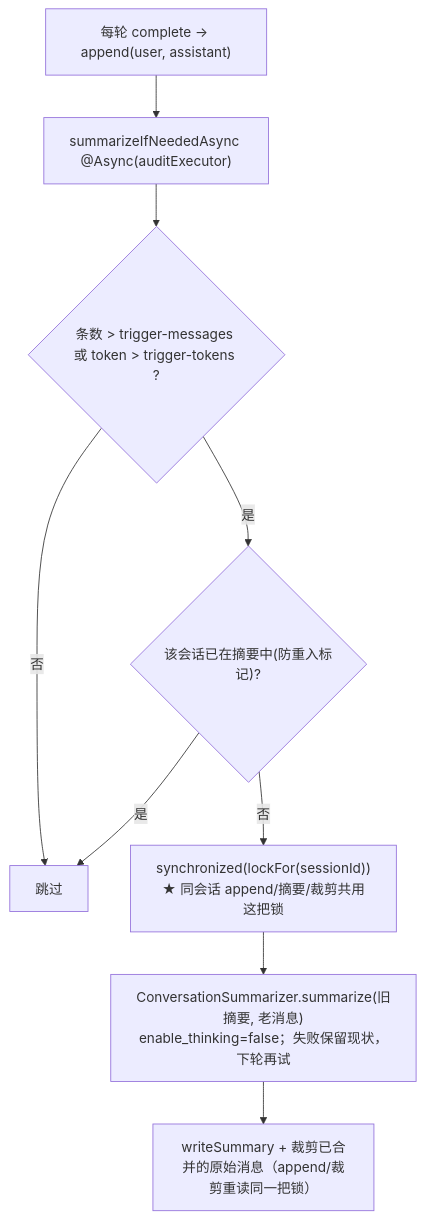
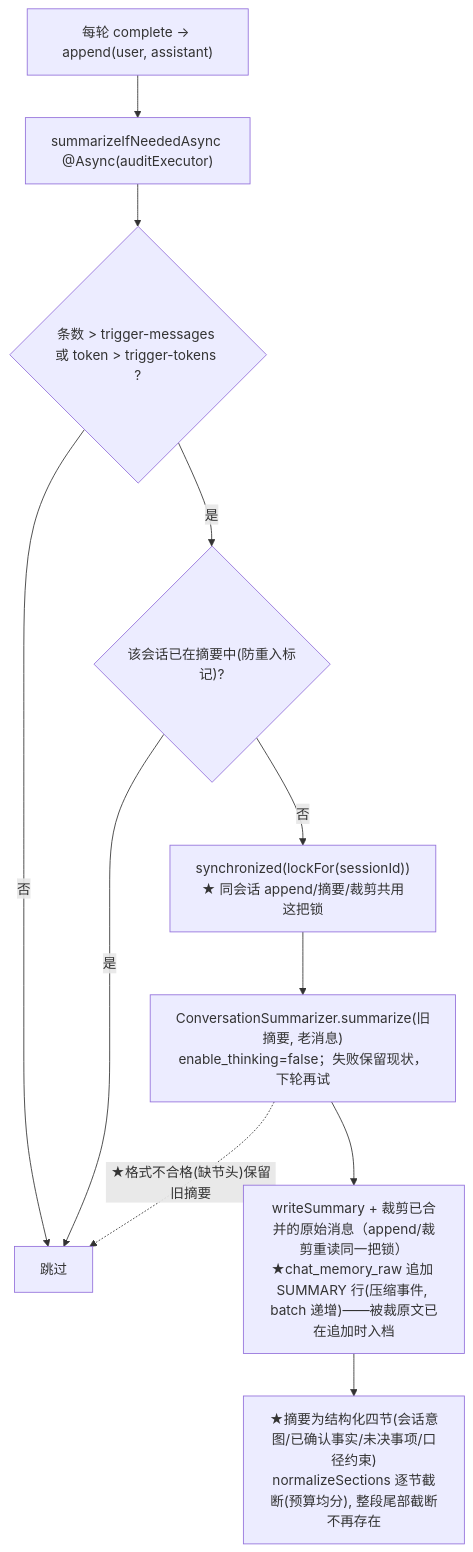
Diagram 17 of 20 in docs/flow-map.md (suiyile02/cc-ai-agent), drawn with Mermaid before and after one commit. The commit also changed other lines of this file and 23 other files, not shown here.

````diff
--- a/docs/flow-map.md
+++ b/docs/flow-map.md
@@ -604,11 +608,13 @@
 ```mermaid
 flowchart TD
     W1["每轮 complete → append(user, assistant)"] --> W2["summarizeIfNeededAsync @Async(auditExecutor)"]
     W2 --> W3{"条数 > trigger-messages 或 token > trigger-tokens ?"}
     W3 -->|否| W9["跳过"]
     W3 -->|是| W4{"该会话已在摘要中(防重入标记)?"}
     W4 -->|是| W9
     W4 -->|否| W5["synchronized(lockFor(sessionId))<br/>★ 同会话 append/摘要/裁剪共用这把锁"]
     W5 --> W6["ConversationSummarizer.summarize(旧摘要, 老消息)<br/>enable_thinking=false；失败保留现状，下轮再试"]
-    W6 --> W7["writeSummary + 裁剪已合并的原始消息（append/裁剪重读同一把锁）"]
+    W6 --> W7["writeSummary + 裁剪已合并的原始消息（append/裁剪重读同一把锁）<br/>★chat_memory_raw 追加 SUMMARY 行(压缩事件, batch 递增)——被裁原文已在追加时入档"]
+    W6 -.->|"★格式不合格(缺节头)保留旧摘要"| W9
+    W7 --> W8["★摘要为结构化四节(会话意图/已确认事实/未决事项/口径约束)<br/>normalizeSections 逐节截断(预算均分), 整段尾部截断不再存在"]
 ```
````
